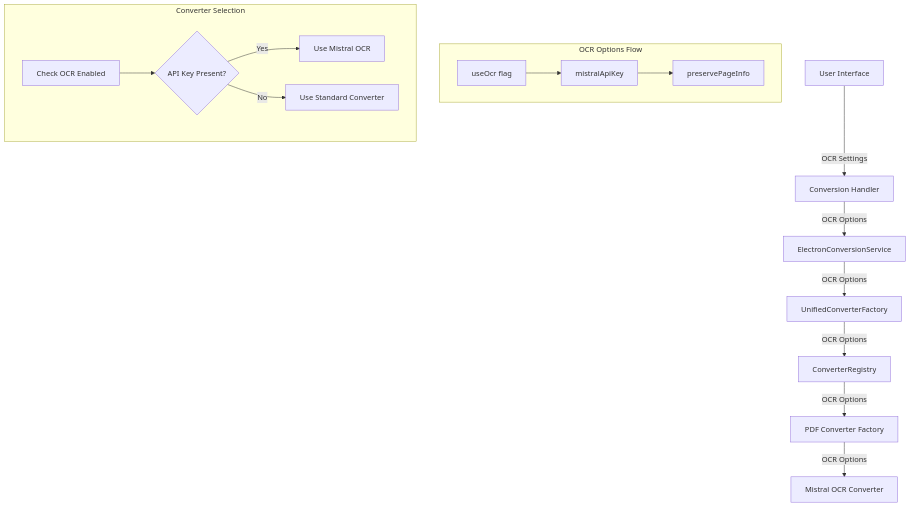
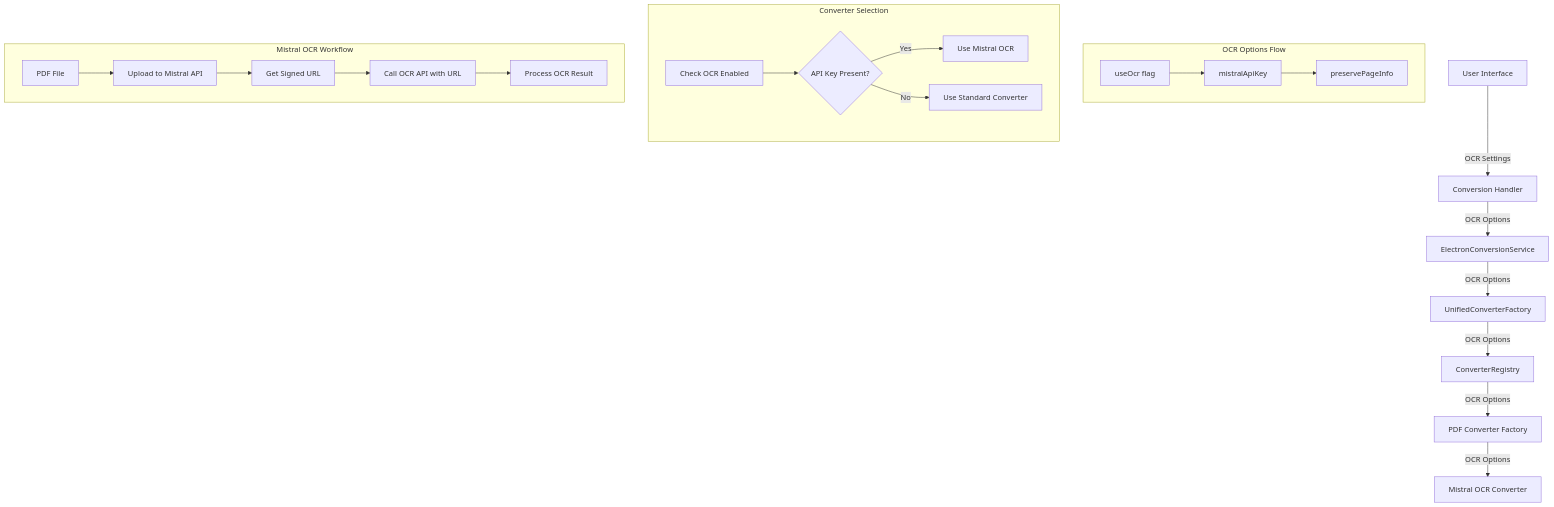
The seventh of 12 diagrams in cline_docs/systemPatterns.md (Synaptic-Labs-AI/codex-md), drawn with Mermaid before and after one commit. The commit also changed other lines of this file and 9 other files, not shown here.

````diff
--- a/cline_docs/systemPatterns.md
+++ b/cline_docs/systemPatterns.md
@@ -324,20 +324,27 @@
 ```mermaid
 flowchart TD
     A[User Interface] -->|OCR Settings| B[Conversion Handler]
     B -->|OCR Options| C[ElectronConversionService]
     C -->|OCR Options| D[UnifiedConverterFactory]
     D -->|OCR Options| E[ConverterRegistry]
     E -->|OCR Options| F[PDF Converter Factory]
     F -->|OCR Options| G[Mistral OCR Converter]
     
     subgraph OCR Options Flow
         I[useOcr flag] --> J[mistralApiKey]
         J --> K[preservePageInfo]
     end
     
     subgraph Converter Selection
         L[Check OCR Enabled] --> M{API Key Present?}
         M -->|Yes| N[Use Mistral OCR]
         M -->|No| O[Use Standard Converter]
     end
+    
+    subgraph Mistral OCR Workflow
+        P[PDF File] --> Q[Upload to Mistral API]
+        Q --> R[Get Signed URL]
+        R --> S[Call OCR API with URL]
+        S --> T[Process OCR Result]
+    end
 ```
````
